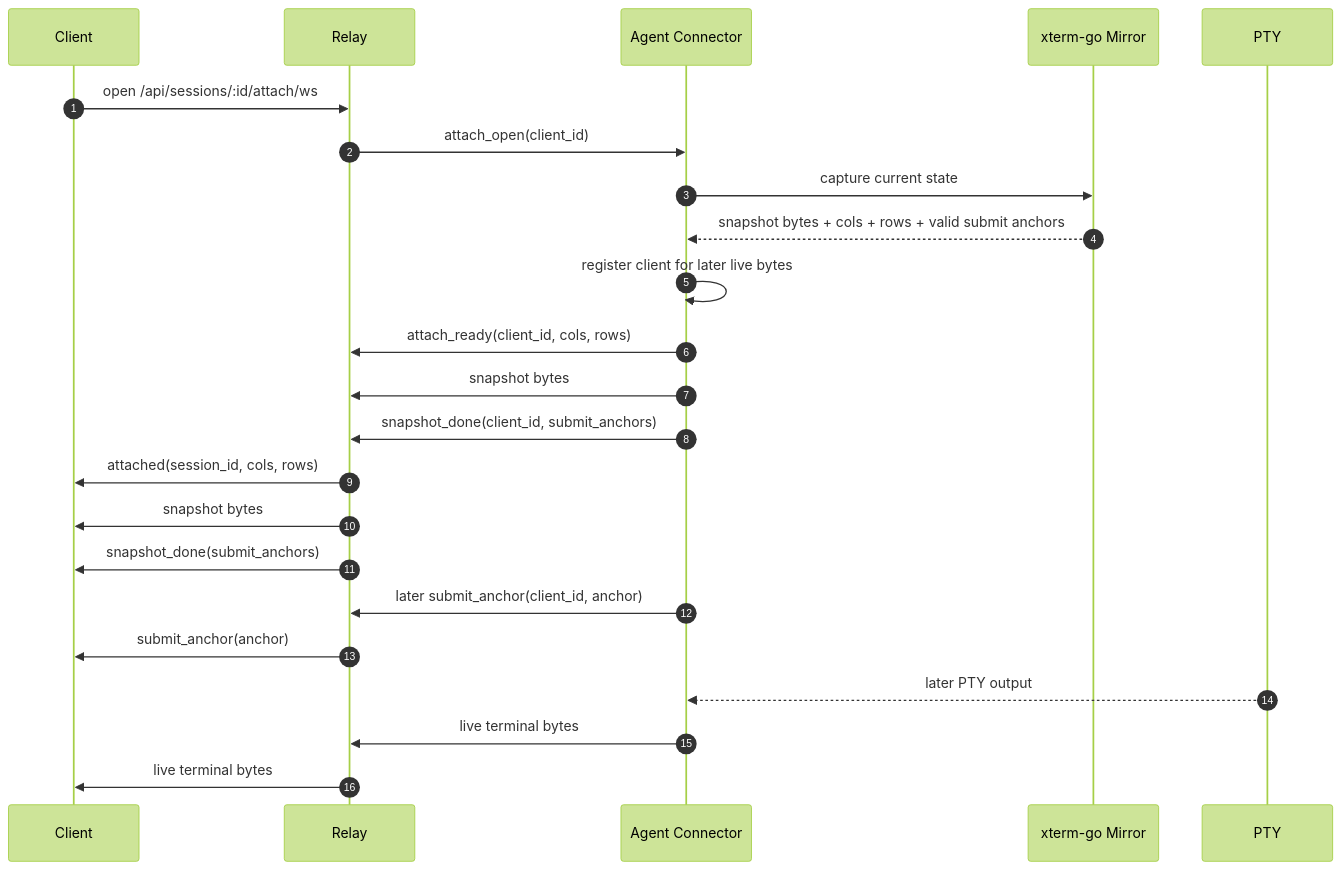
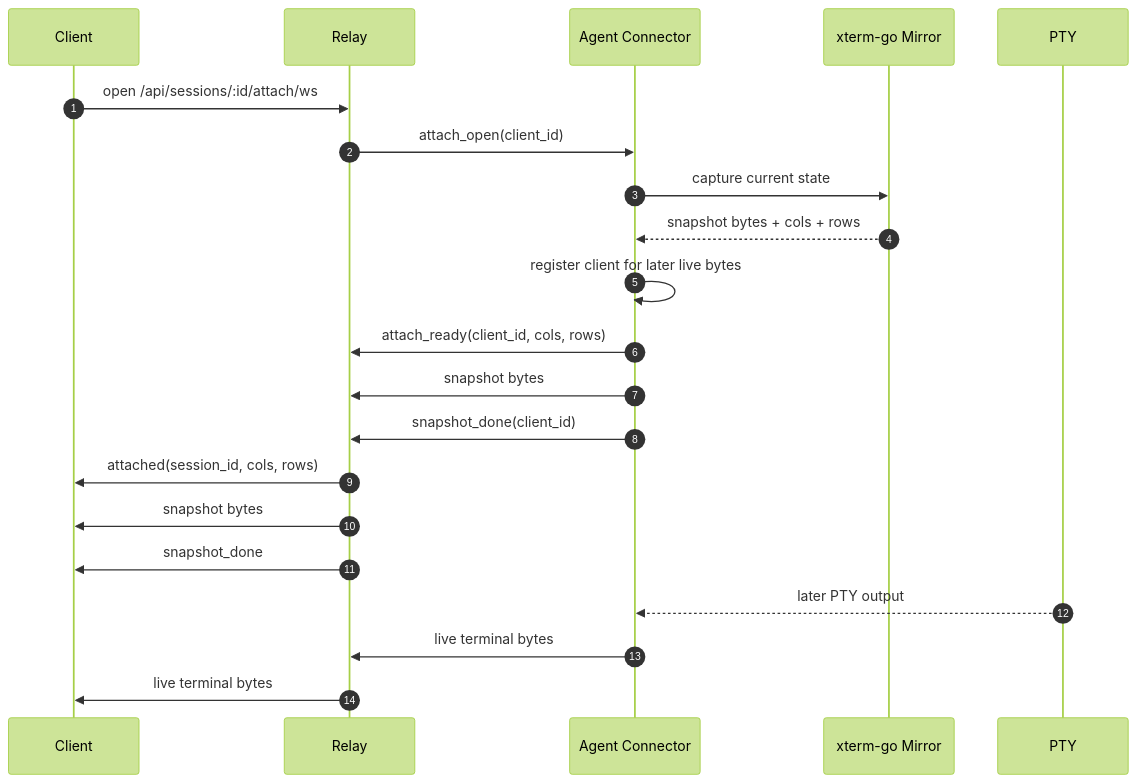
The third of 7 diagrams in docs/tui-attach-flow.md (yuanbohan/agent-tunnel), drawn with Mermaid (forest theme) before and after one commit. The commit also changed other lines of this file and 19 other files, not shown here.

````diff
--- a/docs/tui-attach-flow.md
+++ b/docs/tui-attach-flow.md
@@ -131,26 +130,24 @@
 ```mermaid
 sequenceDiagram
   autonumber
   participant C as Client
   participant R as Relay
   participant A as Agent Connector
   participant M as xterm-go Mirror
   participant P as PTY
 
   C->>R: open /api/sessions/:id/attach/ws
   R->>A: attach_open(client_id)
   A->>M: capture current state
-  M-->>A: snapshot bytes + cols + rows + valid submit anchors
+  M-->>A: snapshot bytes + cols + rows
   A->>A: register client for later live bytes
   A->>R: attach_ready(client_id, cols, rows)
   A->>R: snapshot bytes
-  A->>R: snapshot_done(client_id, submit_anchors)
+  A->>R: snapshot_done(client_id)
   R->>C: attached(session_id, cols, rows)
   R->>C: snapshot bytes
-  R->>C: snapshot_done(submit_anchors)
-  A->>R: later submit_anchor(client_id, anchor)
-  R->>C: submit_anchor(anchor)
+  R->>C: snapshot_done
   P-->>A: later PTY output
   A->>R: live terminal bytes
   R->>C: live terminal bytes
 ```
````
